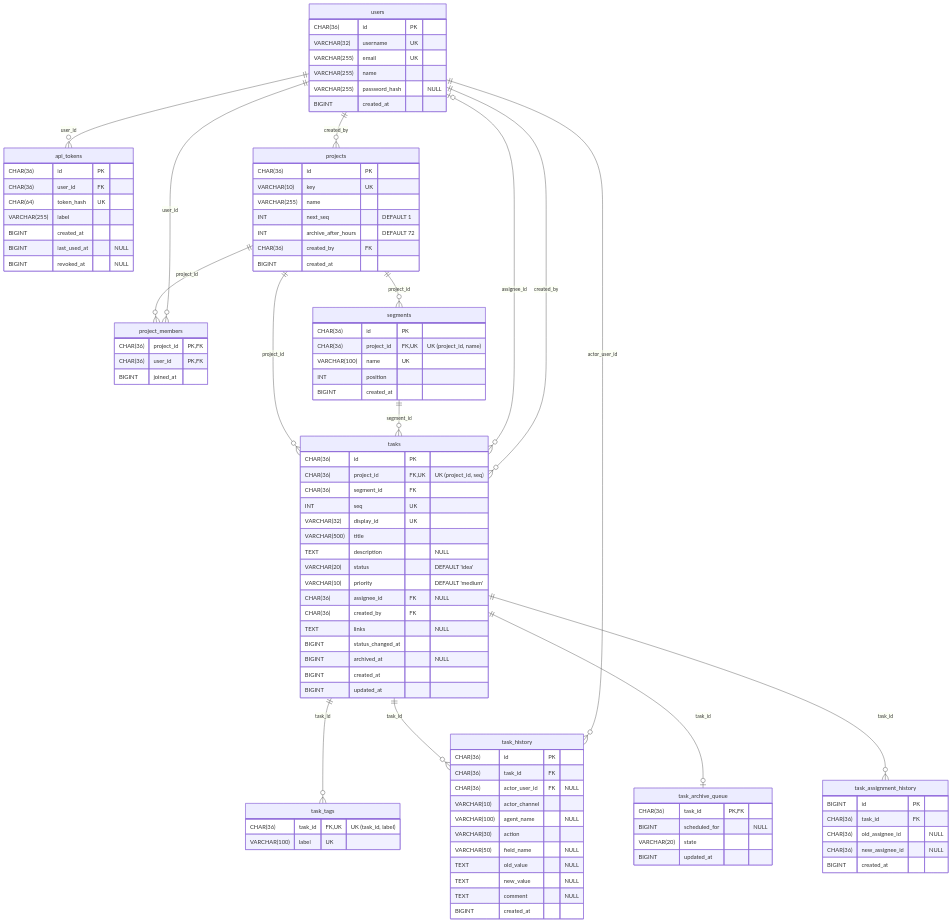
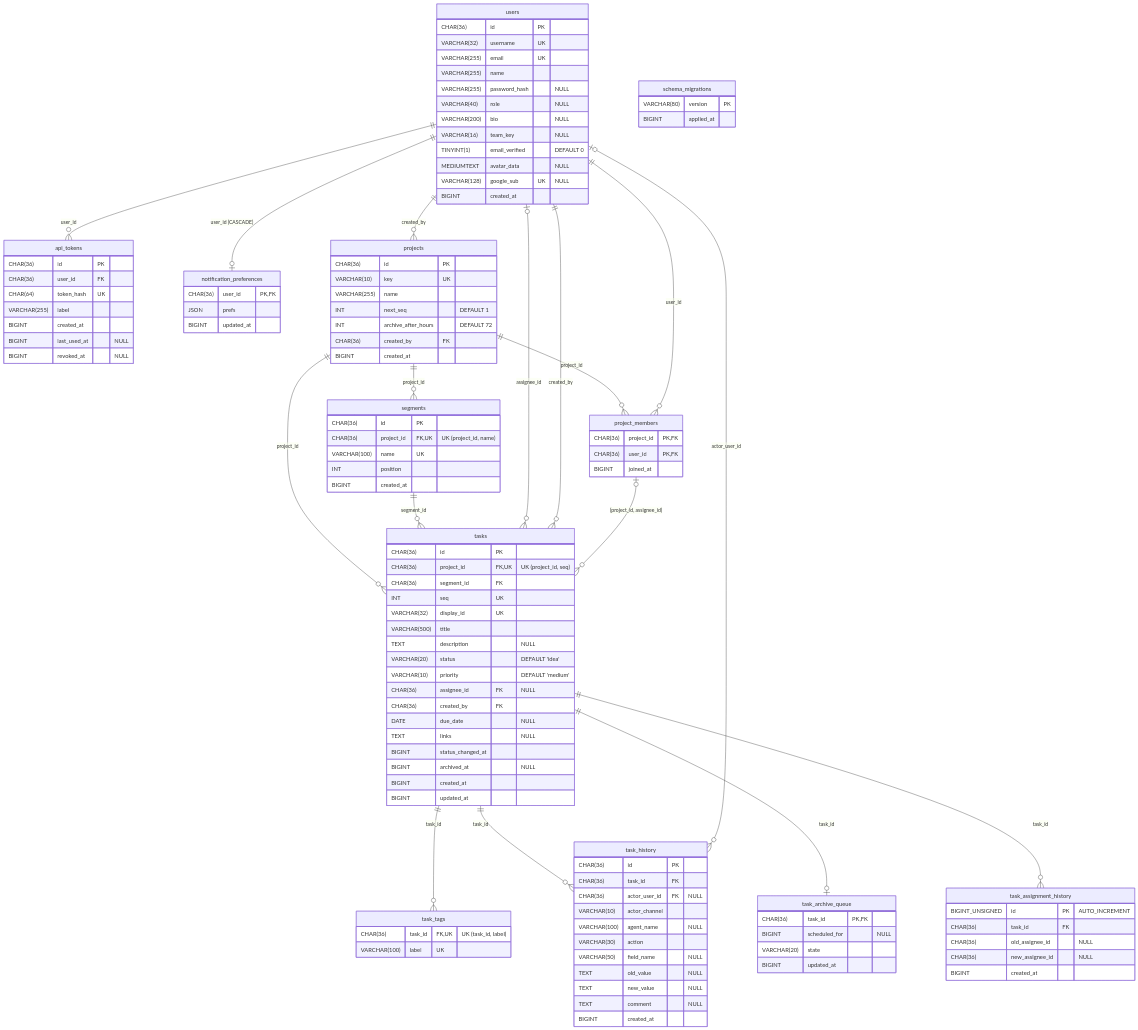
The second of 2 diagrams in docs/database.md (cielPh4nt0m/PBL-kelompok-4.-DoTo-), drawn with Mermaid before and after one commit. The commit also changed other lines of this file and 23 other files, not shown here.

First line of the commit message:
Lengkapi dokumentasi desain sistem: DFD, UML, serta pembaruan CDM/PDM

````diff
--- a/docs/database.md
+++ b/docs/database.md
@@ -146,6 +172,7 @@
 ```mermaid
 erDiagram
     users ||--o{ api_tokens : "user_id"
+    users ||--o| notification_preferences : "user_id (CASCADE)"
     users ||--o{ projects : "created_by"
     projects ||--o{ project_members : "project_id"
     users ||--o{ project_members : "user_id"
@@ -154,9 +181,10 @@
     segments ||--o{ tasks : "segment_id"
     users |o--o{ tasks : "assignee_id"
     users ||--o{ tasks : "created_by"
+    project_members |o--o{ tasks : "(project_id, assignee_id)"
     tasks ||--o{ task_tags : "task_id"
     tasks ||--o{ task_history : "task_id"
-    users ||--o{ task_history : "actor_user_id"
+    users |o--o{ task_history : "actor_user_id"
     tasks ||--o| task_archive_queue : "task_id"
     tasks ||--o{ task_assignment_history : "task_id"
 
@@ -166,6 +194,12 @@
         VARCHAR(255) email UK
         VARCHAR(255) name
         VARCHAR(255) password_hash "NULL"
+        VARCHAR(40) role "NULL"
+        VARCHAR(200) bio "NULL"
+        VARCHAR(16) team_key "NULL"
+        TINYINT(1) email_verified "DEFAULT 0"
+        MEDIUMTEXT avatar_data "NULL"
+        VARCHAR(128) google_sub UK "NULL"
         BIGINT created_at
     }
     api_tokens {
@@ -177,6 +211,11 @@
         BIGINT last_used_at "NULL"
         BIGINT revoked_at "NULL"
     }
+    notification_preferences {
+        CHAR(36) user_id PK, FK
+        JSON prefs
+        BIGINT updated_at
+    }
     projects {
         CHAR(36) id PK
         VARCHAR(10) key UK
@@ -185,6 +224,11 @@
         INT archive_after_hours "DEFAULT 72"
         CHAR(36) created_by FK
         BIGINT created_at
+    }
+    project_members {
+        CHAR(36) project_id PK, FK
+        CHAR(36) user_id PK, FK
+        BIGINT joined_at
     }
     segments {
         CHAR(36) id PK
@@ -205,6 +249,7 @@
         VARCHAR(10) priority "DEFAULT 'medium'"
         CHAR(36) assignee_id FK "NULL"
         CHAR(36) created_by FK
+        DATE due_date "NULL"
         TEXT links "NULL"
         BIGINT status_changed_at
         BIGINT archived_at "NULL"
@@ -228,11 +273,6 @@
         TEXT comment "NULL"
         BIGINT created_at
     }
-    project_members {
-        CHAR(36) project_id PK, FK
-        CHAR(36) user_id PK, FK
-        BIGINT joined_at
-    }
     task_archive_queue {
         CHAR(36) task_id PK, FK
         BIGINT scheduled_for "NULL"
@@ -240,10 +280,14 @@
         BIGINT updated_at
     }
     task_assignment_history {
-        BIGINT id PK
+        BIGINT_UNSIGNED id PK "AUTO_INCREMENT"
         CHAR(36) task_id FK
         CHAR(36) old_assignee_id "NULL"
         CHAR(36) new_assignee_id "NULL"
         BIGINT created_at
     }
+    schema_migrations {
+        VARCHAR(80) version PK
+        BIGINT applied_at
+    }
 ```
````
